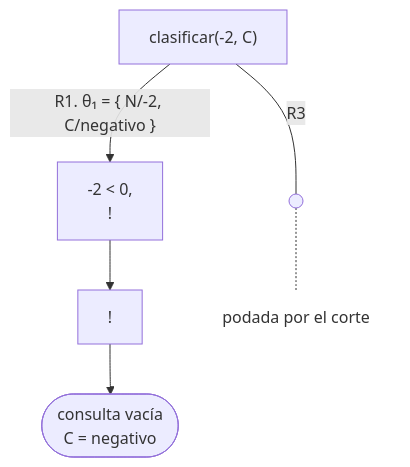
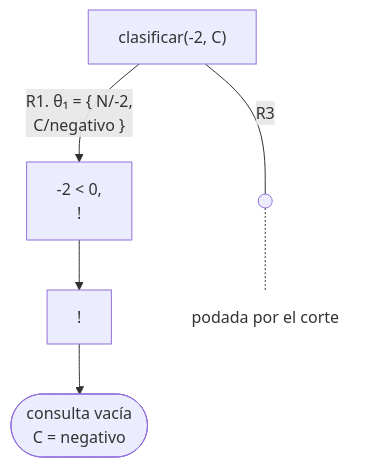
One commit to CesarBallardini/curso-de-prolog changed the fourth of 5 diagrams in docs/capitulo-09-backtracking-y-corte/soluciones.md. Above: the diagram before and after it, drawn with Mermaid. The commit also changed other lines of this file and 24 other files, not shown here.

First line of the commit message:
feat(docs): botones para ocultar las columnas laterales y etiquetas cortas en los diagramas

````diff
--- a/docs/capitulo-09-backtracking-y-corte/soluciones.md
+++ b/docs/capitulo-09-backtracking-y-corte/soluciones.md
@@ -454,9 +454,9 @@
 ```mermaid
 flowchart TD
-    A["clasificar(-2, C)"] -- "R1. θ₁ = {&nbsp;N/-2, C/negativo&nbsp;}" --> B["-2 < 0,<br/>!"]
+    A["clasificar(-2, C)"] -- "R1. θ₁ = {&nbsp;N/-2,<br/>C/negativo&nbsp;}" --> B["-2 < 0,<br/>!"]
     B --> B2["!"]
     B2 --> S(["consulta vacía<br/>C = negativo"])
     A -- "R3" --- p@{ shape: sm-circ } -.- n["podada por el corte"]
     classDef abierto fill:none,stroke:none;
     class n abierto;
 ```
````
